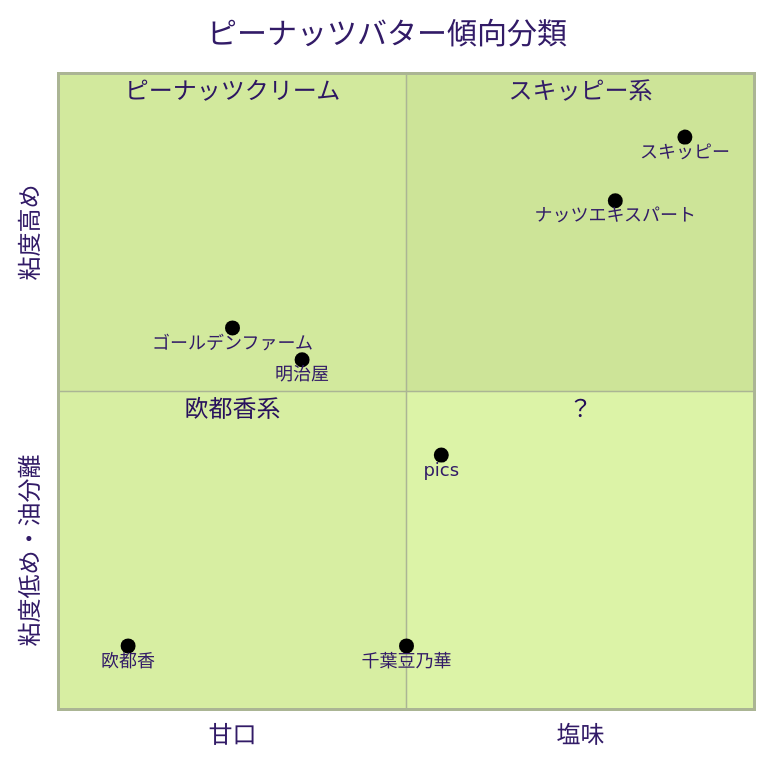
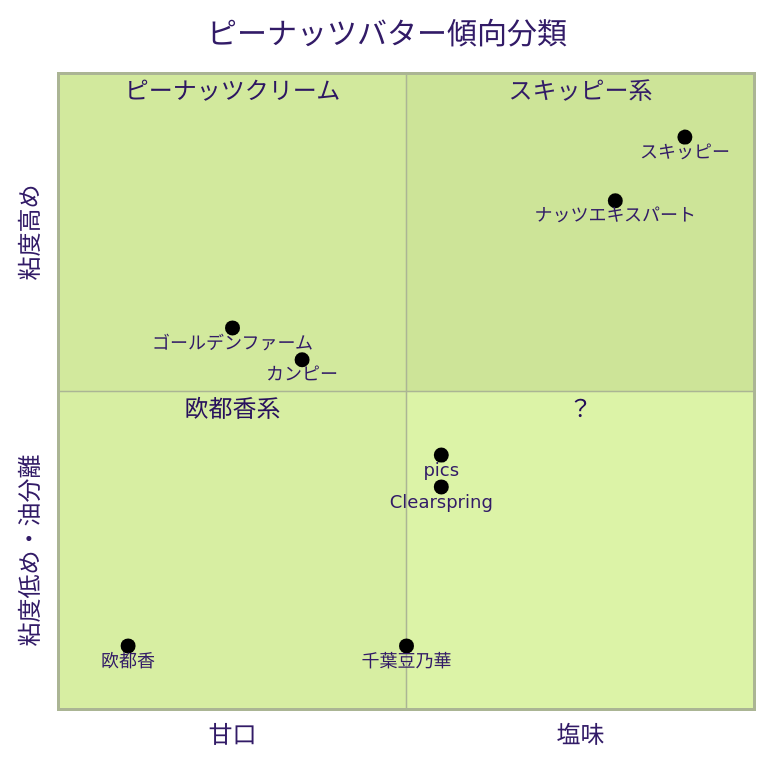
One commit to boronology/documents changed the diagram in content/docs/peanutbutter/index.md. Above: the diagram before and after it, drawn with Mermaid (forest theme). The commit also changed other lines of this file, not shown here.

Commit message:
Clearspring

````diff
--- a/content/docs/peanutbutter/index.md
+++ b/content/docs/peanutbutter/index.md
@@ -125,18 +140,20 @@
 ```mermaid
 quadrantChart
     title ピーナッツバター傾向分類
     x-axis "甘口" --> "塩味"
     y-axis "粘度低め・油分離" --> "粘度高め"
     quadrant-1 "スキッピー系"
     quadrant-2 "ピーナッツクリーム"
     quadrant-3 "欧都香系"
     quadrant-4 "？"
     
     "スキッピー": [0.90, 0.90]
     "ナッツエキスパート": [0.8, 0.8]
     "欧都香": [0.10, 0.10]
     "ゴールデンファーム": [0.25, 0.6]
     "pics": [0.55, 0.4]
+    "Clearspring": [0.55, 0.35]
     "千葉豆乃華": [0.50,0.10]
-    "明治屋": [0.35,0.55]
+    "カンピー": [0.35,0.55]
+    
 ```
````
